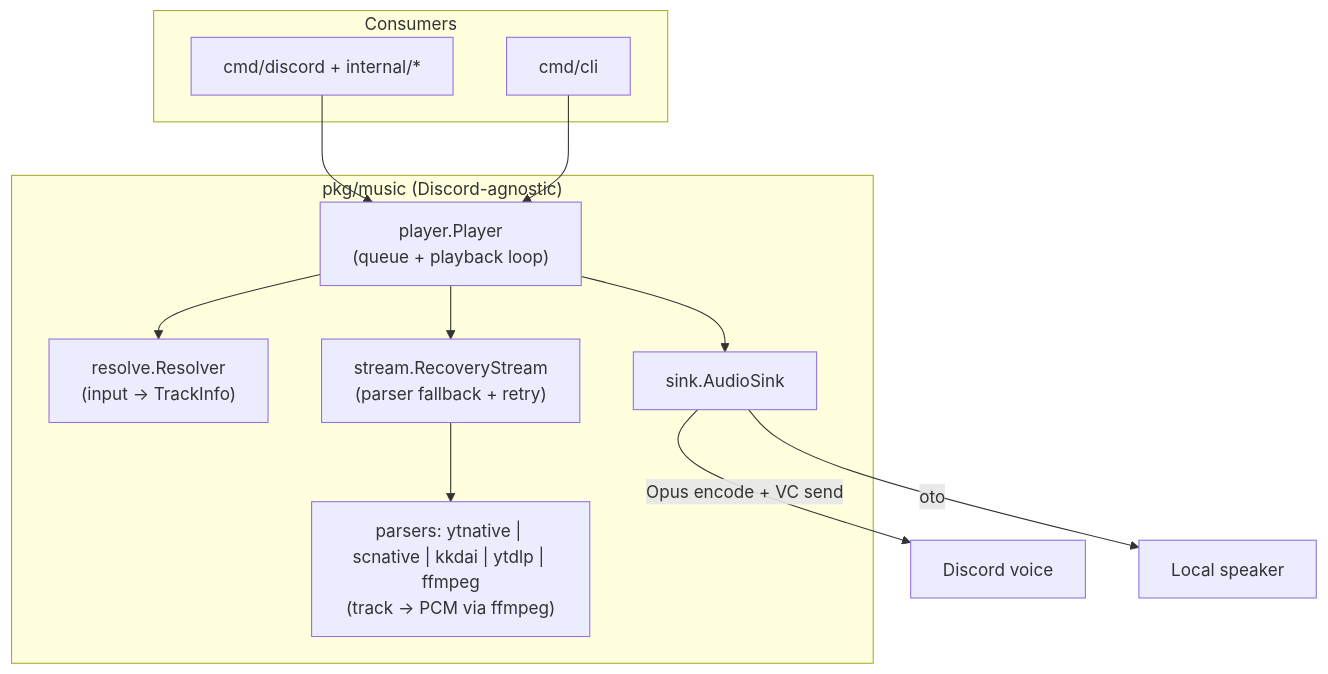
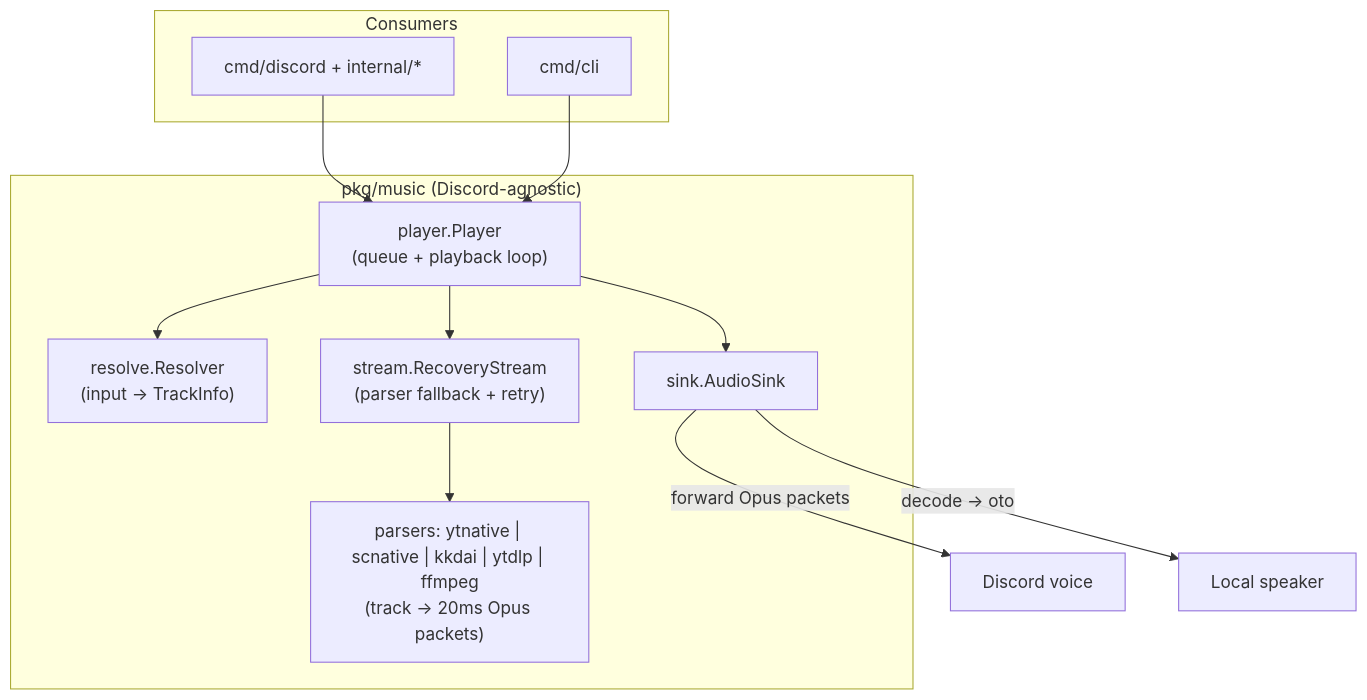
The first of 2 diagrams in docs/architecture.md (keshon/melodix), drawn with Mermaid before and after one commit. The commit also changed other lines of this file and 35 other files, not shown here.

````diff
--- a/docs/architecture.md
+++ b/docs/architecture.md
@@ -13,22 +13,22 @@
 ```mermaid
 flowchart TB
   subgraph Consumers
     DiscordBot["cmd/discord + internal/*"]
     CLI["cmd/cli"]
   end
   subgraph Engine["pkg/music (Discord-agnostic)"]
     Resolver["resolve.Resolver<br/>(input → TrackInfo)"]
     Player["player.Player<br/>(queue + playback loop)"]
     Stream["stream.RecoveryStream<br/>(parser fallback + retry)"]
-    Parsers["parsers: ytnative | scnative | kkdai | ytdlp | ffmpeg<br/>(track → PCM via ffmpeg)"]
+    Parsers["parsers: ytnative | scnative | kkdai | ytdlp | ffmpeg<br/>(track → 20ms Opus packets)"]
     SinkIface["sink.AudioSink"]
   end
   DiscordBot --> Player
   CLI --> Player
   Player --> Resolver
   Player --> Stream
   Stream --> Parsers
   Player --> SinkIface
-  SinkIface -->|Opus encode + VC send| DiscordVC["Discord voice"]
-  SinkIface -->|oto| Speaker["Local speaker"]
+  SinkIface -->|forward Opus packets| DiscordVC["Discord voice"]
+  SinkIface -->|decode → oto| Speaker["Local speaker"]
 ```
````
